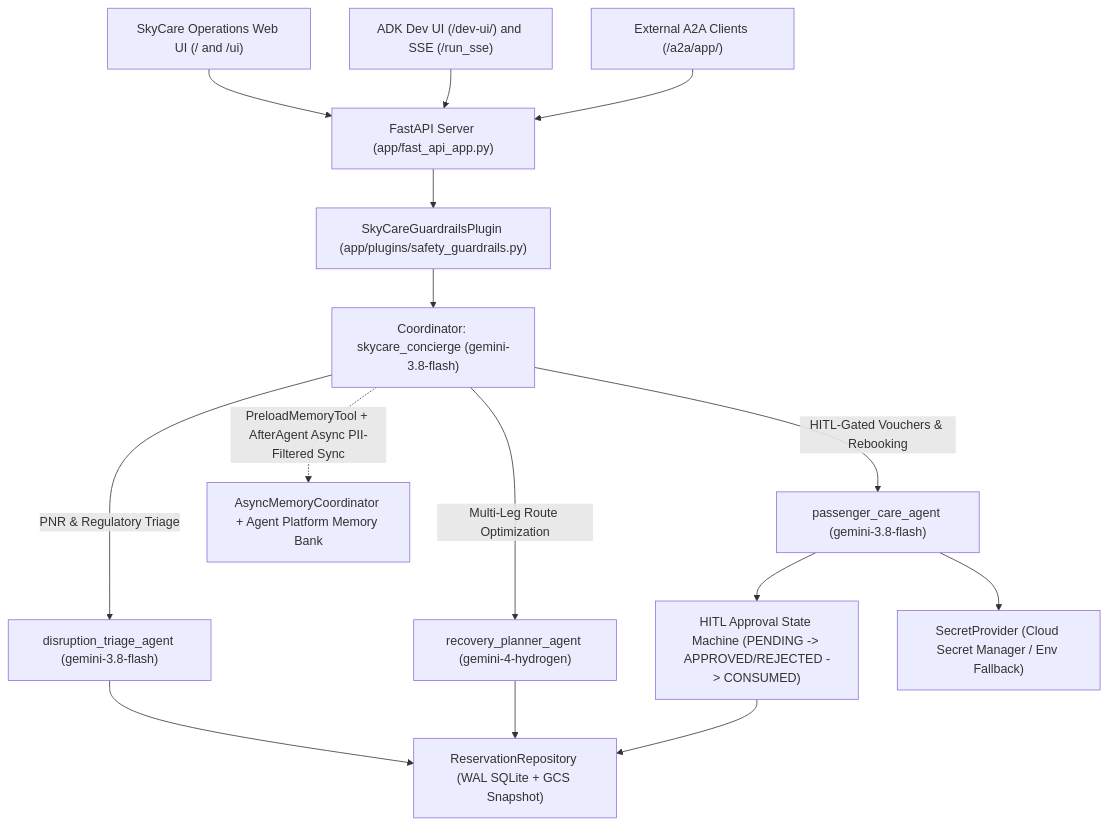
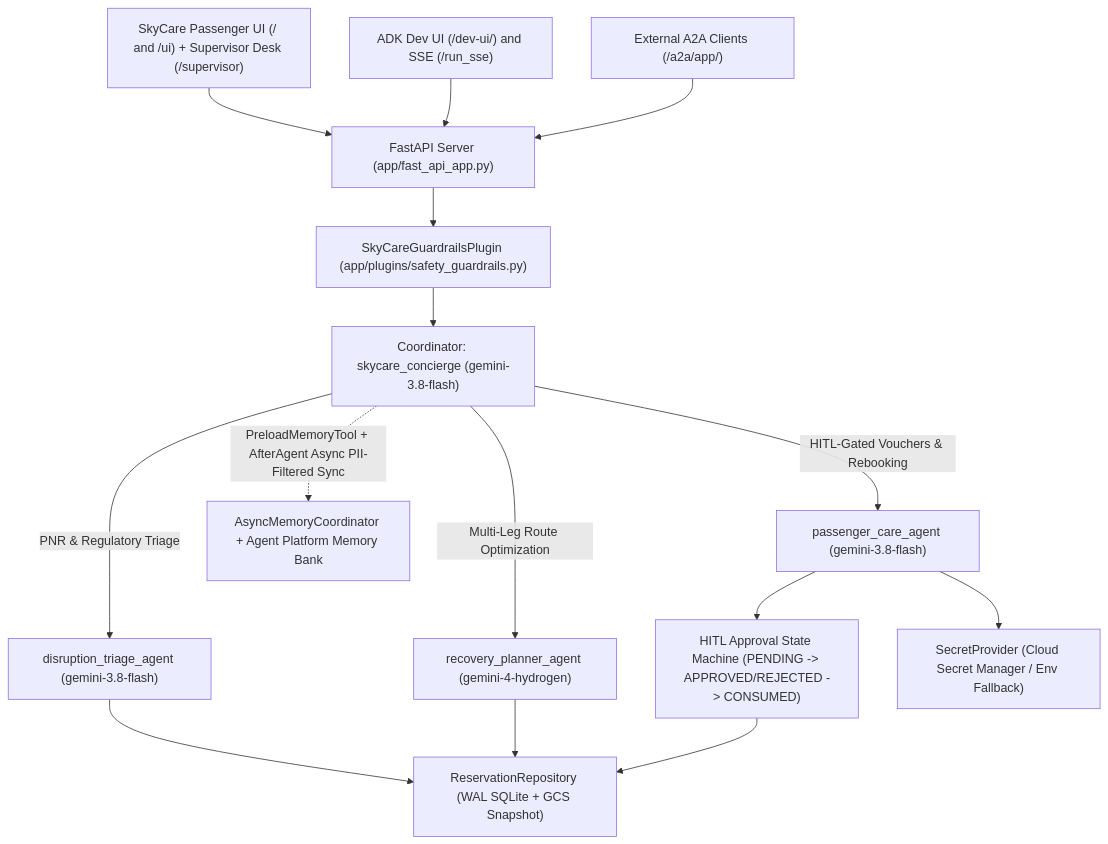
Before and after one commit to tpiaggio/skycare-concierge: the first of 2 diagrams in docs/ARCHITECTURE.md, drawn with Mermaid. The commit also changed 6 other files, not shown here.

````diff
--- a/docs/ARCHITECTURE.md
+++ b/docs/ARCHITECTURE.md
@@ -7,20 +7,20 @@
 ```mermaid
 flowchart TB
-    UI["SkyCare Operations Web UI (/ and /ui)"] --> API["FastAPI Server (app/fast_api_app.py)"]
+    UI["SkyCare Passenger UI (/ and /ui) + Supervisor Desk (/supervisor)"] --> API["FastAPI Server (app/fast_api_app.py)"]
     ADKUI["ADK Dev UI (/dev-ui/) and SSE (/run_sse)"] --> API
     A2A["External A2A Clients (/a2a/app/)"] --> API
 
     API --> Guard["SkyCareGuardrailsPlugin (app/plugins/safety_guardrails.py)"]
     Guard --> Root["Coordinator: skycare_concierge (gemini-3.8-flash)"]
 
     Root -->|"PNR & Regulatory Triage"| Triage["disruption_triage_agent (gemini-3.8-flash)"]
     Root -->|"Multi-Leg Route Optimization"| Planner["recovery_planner_agent (gemini-4-hydrogen)"]
     Root -->|"HITL-Gated Vouchers & Rebooking"| Care["passenger_care_agent (gemini-3.8-flash)"]
 
     Root -.->|"PreloadMemoryTool + AfterAgent Async PII-Filtered Sync"| Mem["AsyncMemoryCoordinator + Agent Platform Memory Bank"]
     Triage --> Repo["ReservationRepository (WAL SQLite + GCS Snapshot)"]
     Planner --> Repo
     Care --> HITL["HITL Approval State Machine (PENDING -> APPROVED/REJECTED -> CONSUMED)"]
     HITL --> Repo
     Care --> Secrets["SecretProvider (Cloud Secret Manager / Env Fallback)"]
 ```
````
